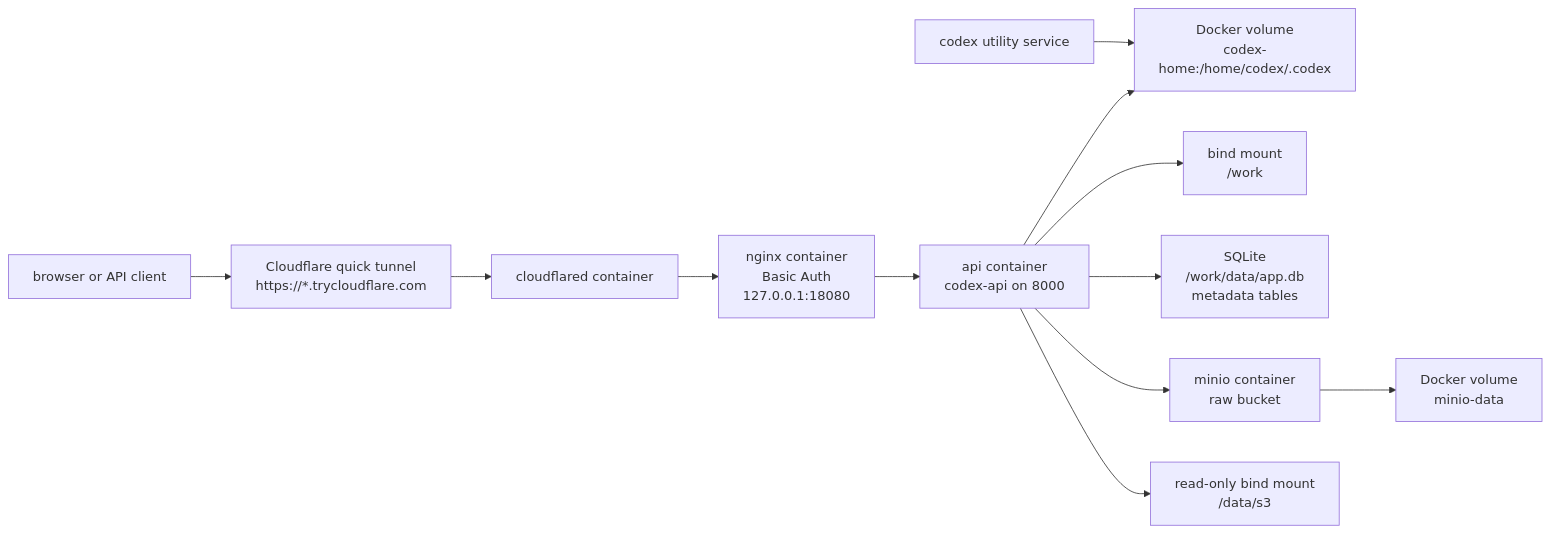
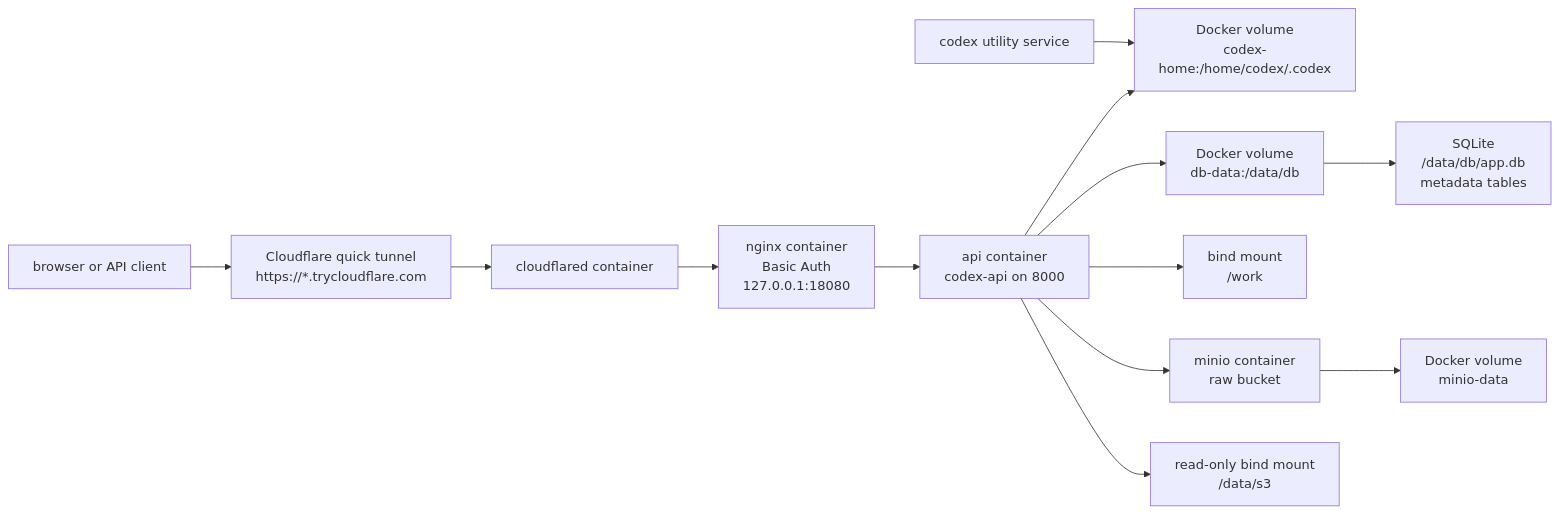
Before and after one commit to Mabaragi/codex-youtube-pipeline: the fourth of 5 diagrams in docs/CICD.md, drawn with Mermaid. The commit also changed other lines of this file and 12 other files, not shown here.

````diff
--- a/docs/CICD.md
+++ b/docs/CICD.md
@@ -131,15 +133,16 @@
 ```mermaid
 flowchart LR
     Client["browser or API client"] --> Tunnel["Cloudflare quick tunnel<br/>https://*.trycloudflare.com"]
     Tunnel --> Cloudflared["cloudflared container"]
     Cloudflared --> Nginx["nginx container<br/>Basic Auth<br/>127.0.0.1:18080"]
     Nginx --> API["api container<br/>codex-api on 8000"]
 
     API --> CodexVolume["Docker volume<br/>codex-home:/home/codex/.codex"]
     CodexTool["codex utility service"] --> CodexVolume
+    API --> DbVolume["Docker volume<br/>db-data:/data/db"]
+    DbVolume --> SQLite["SQLite<br/>/data/db/app.db<br/>metadata tables"]
     API --> WorkBind["bind mount<br/>/work"]
-    API --> SQLite["SQLite<br/>/work/data/app.db<br/>metadata tables"]
     API --> MinIO["minio container<br/>raw bucket"]
     MinIO --> MinioVolume["Docker volume<br/>minio-data"]
     API --> S3Bind["read-only bind mount<br/>/data/s3"]
 ```
````
